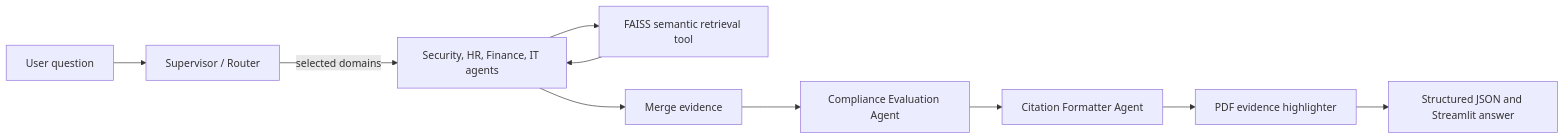
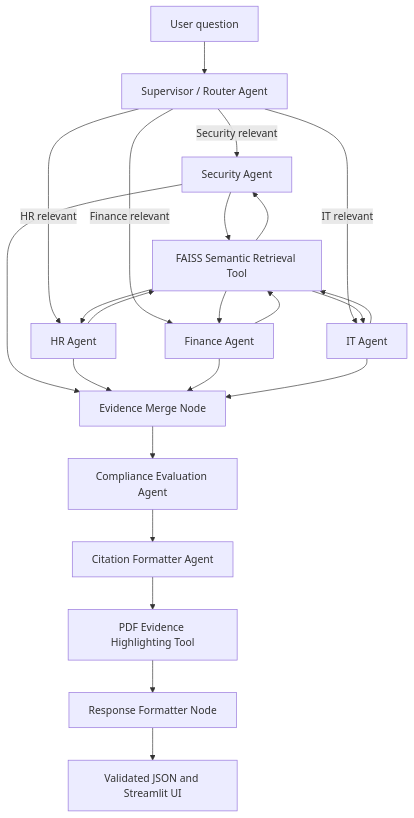
The diagram in README.md (SurekhaPadmam/enterprise-policy-compliance-ai), drawn with Mermaid before and after one commit.

Commit message:
Add project documentation

````diff
--- a/README.md
+++ b/README.md
@@ -19,12 +19,30 @@
 ```mermaid
-flowchart LR
-    Q[User question] --> S[Supervisor / Router]
-    S -->|selected domains| D[Security, HR, Finance, IT agents]
-    D --> R[FAISS semantic retrieval tool]
-    R --> D
-    D --> M[Merge evidence]
-    M --> C[Compliance Evaluation Agent]
-    C --> F[Citation Formatter Agent]
-    F --> H[PDF evidence highlighter]
-    H --> O[Structured JSON and Streamlit answer]
+flowchart TD
+    Q[User question] --> S[Supervisor / Router Agent]
+
+    S -->|Security relevant| SEC[Security Agent]
+    S -->|HR relevant| HR[HR Agent]
+    S -->|Finance relevant| FIN[Finance Agent]
+    S -->|IT relevant| IT[IT Agent]
+
+    SEC --> RET[FAISS Semantic Retrieval Tool]
+    HR --> RET
+    FIN --> RET
+    IT --> RET
+
+    RET --> SEC
+    RET --> HR
+    RET --> FIN
+    RET --> IT
+
+    SEC --> MERGE[Evidence Merge Node]
+    HR --> MERGE
+    FIN --> MERGE
+    IT --> MERGE
+
+    MERGE --> COMP[Compliance Evaluation Agent]
+    COMP --> CITE[Citation Formatter Agent]
+    CITE --> PDF[PDF Evidence Highlighting Tool]
+    PDF --> RESP[Response Formatter Node]
+    RESP --> OUT[Validated JSON and Streamlit UI]
 ```
````
